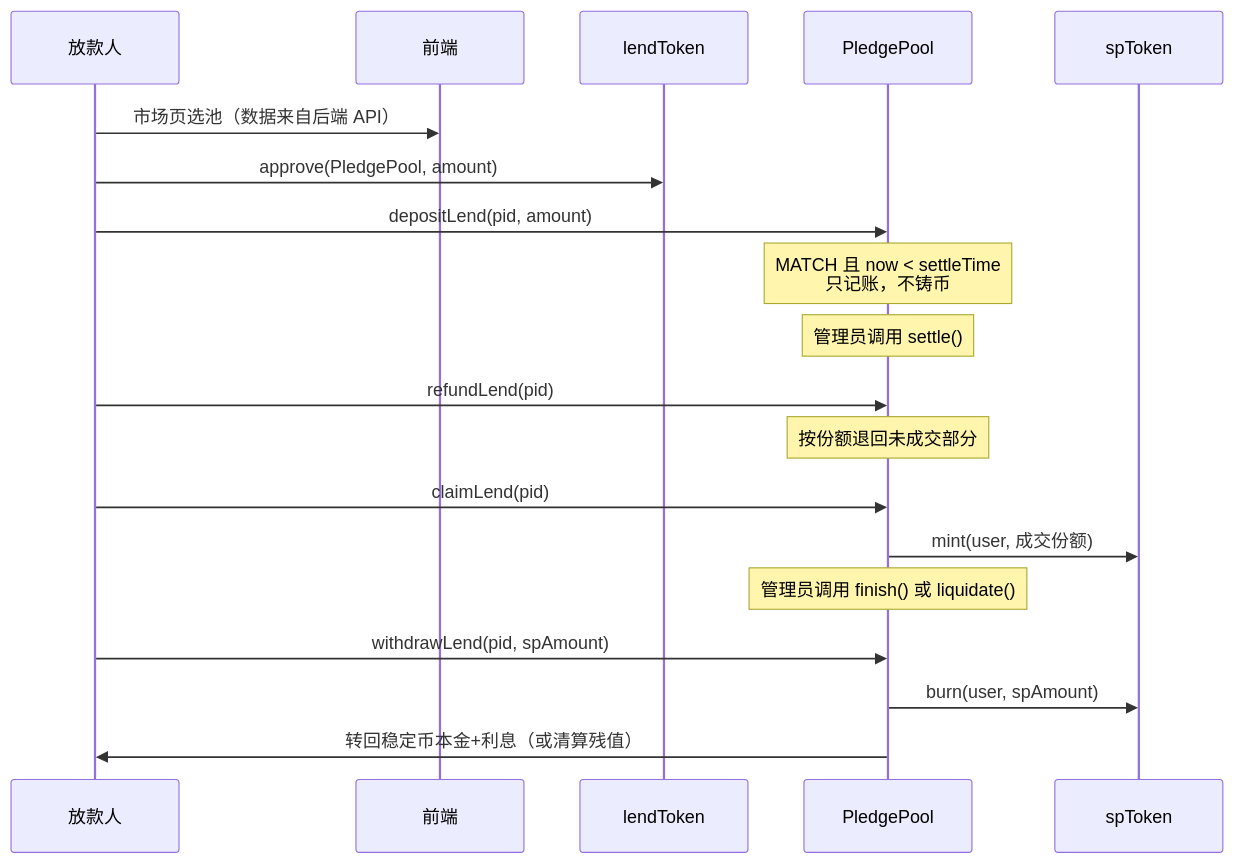
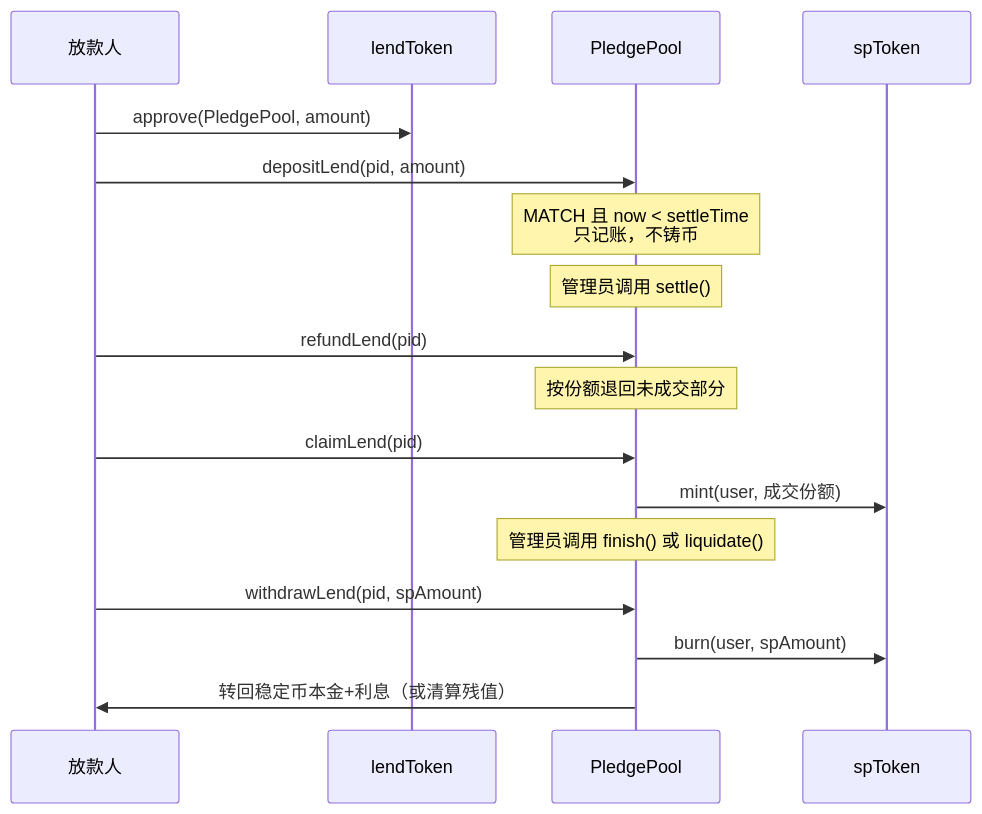
One commit to ustbmz/BreakdownPJ changed the third of 5 diagrams in ProjectBreakdown-Pledge/Pledge项目拆解文档.md. Above: the diagram before and after it, drawn with Mermaid. The commit also changed other lines of this file and 11 other files, not shown here.

````diff
--- a/ProjectBreakdown-Pledge/Pledge项目拆解文档.md
+++ b/ProjectBreakdown-Pledge/Pledge项目拆解文档.md
@@ -215,22 +250,20 @@
 ```mermaid
 sequenceDiagram
     participant U as 放款人
-    participant FE as 前端
     participant ERC as lendToken
     participant P as PledgePool
     participant SP as spToken
 
-    U->>FE: 市场页选池（数据来自后端 API）
     U->>ERC: approve(PledgePool, amount)
     U->>P: depositLend(pid, amount)
     Note over P: MATCH 且 now < settleTime<br/>只记账，不铸币
     Note over P: 管理员调用 settle()
     U->>P: refundLend(pid)
     Note over P: 按份额退回未成交部分
     U->>P: claimLend(pid)
     P->>SP: mint(user, 成交份额)
     Note over P: 管理员调用 finish() 或 liquidate()
     U->>P: withdrawLend(pid, spAmount)
     P->>SP: burn(user, spAmount)
     P->>U: 转回稳定币本金+利息（或清算残值）
 ```
````
